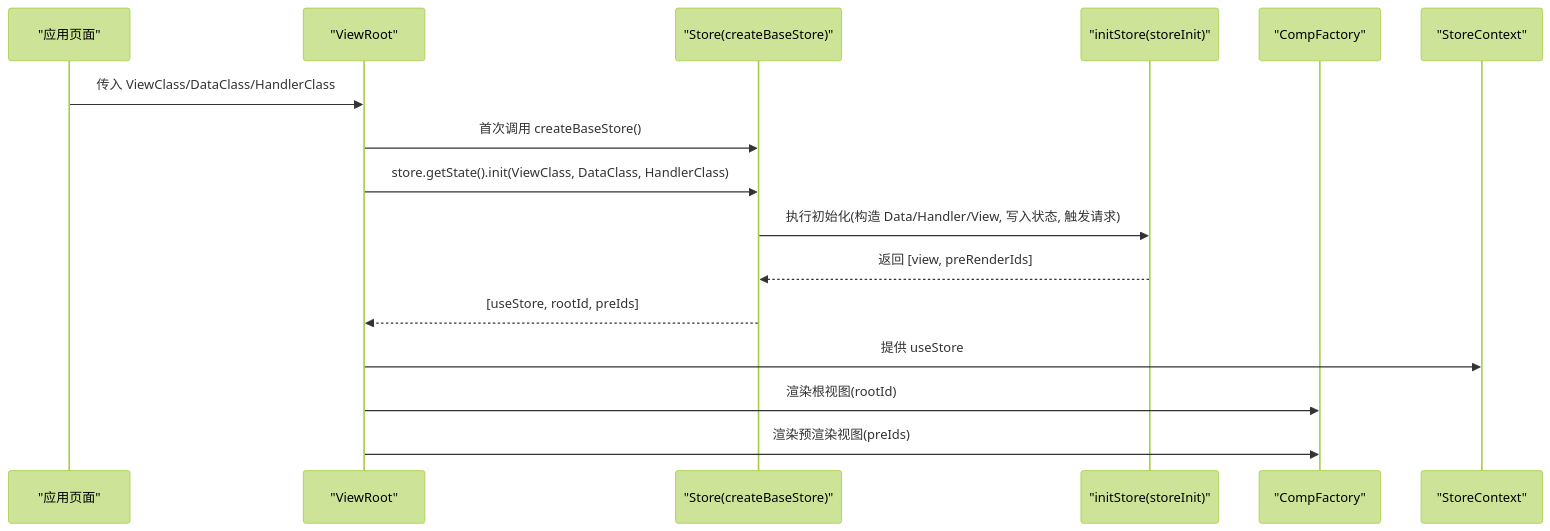
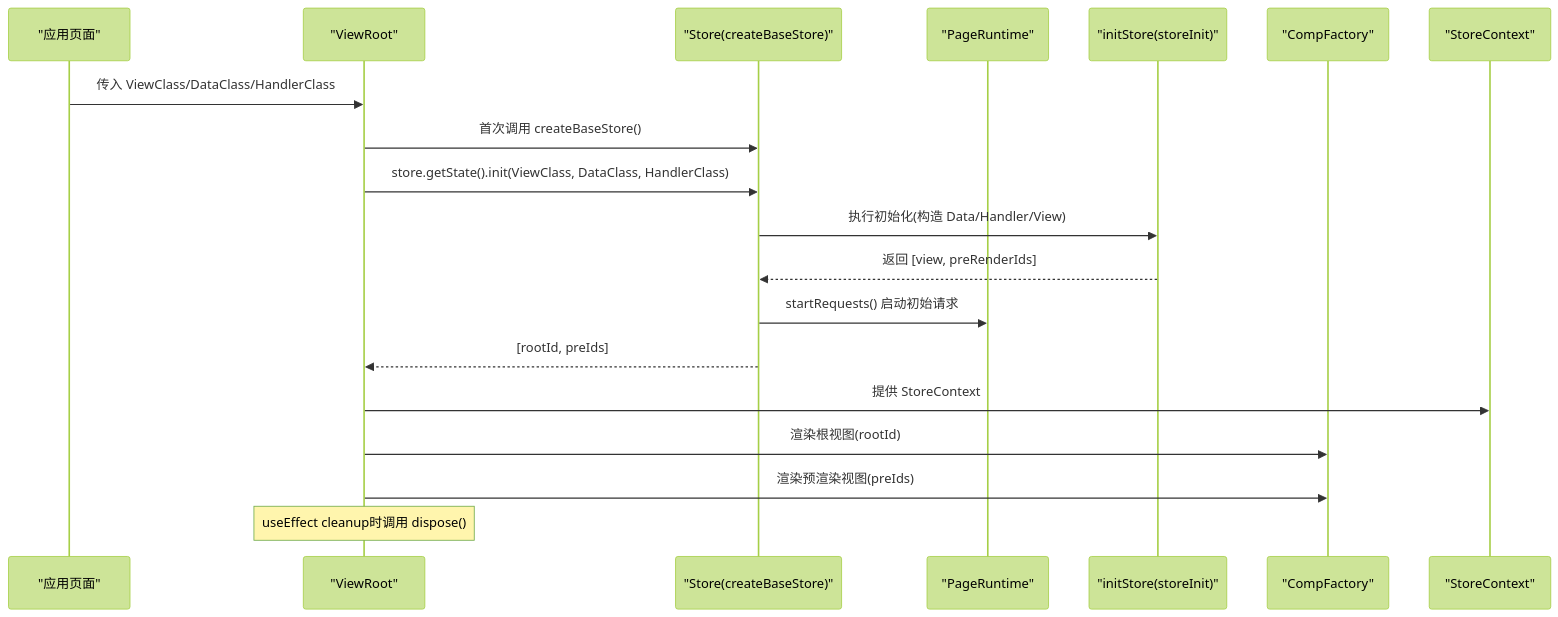
One commit to liqiongke/FrontArk changed the second of 6 diagrams in .qoder/repowiki/zh/content/架构设计/组件化架构/核心组件/ViewRoot组件.md. Above: the diagram before and after it, drawn with Mermaid (forest theme). The commit also changed other lines of this file and 19 other files, not shown here.

````diff
--- a/.qoder/repowiki/zh/content/架构设计/组件化架构/核心组件/ViewRoot组件.md
+++ b/.qoder/repowiki/zh/content/架构设计/组件化架构/核心组件/ViewRoot组件.md
@@ -83,18 +95,21 @@
 ```mermaid
 sequenceDiagram
 participant App as "应用页面"
 participant VR as "ViewRoot"
 participant ST as "Store(createBaseStore)"
+participant PR as "PageRuntime"
 participant SI as "initStore(storeInit)"
 participant CF as "CompFactory"
 participant CTX as "StoreContext"
 App->>VR : 传入 ViewClass/DataClass/HandlerClass
 VR->>ST : 首次调用 createBaseStore()
 VR->>ST : store.getState().init(ViewClass, DataClass, HandlerClass)
-ST->>SI : 执行初始化(构造 Data/Handler/View, 写入状态, 触发请求)
+ST->>SI : 执行初始化(构造 Data/Handler/View)
 SI-->>ST : 返回 [view, preRenderIds]
-ST-->>VR : [useStore, rootId, preIds]
-VR->>CTX : 提供 useStore
+ST->>PR : startRequests() 启动初始请求
+ST-->>VR : [rootId, preIds]
+VR->>CTX : 提供 StoreContext
 VR->>CF : 渲染根视图(rootId)
 VR->>CF : 渲染预渲染视图(preIds)
+Note over VR : useEffect cleanup时调用 dispose()
 ```
````
